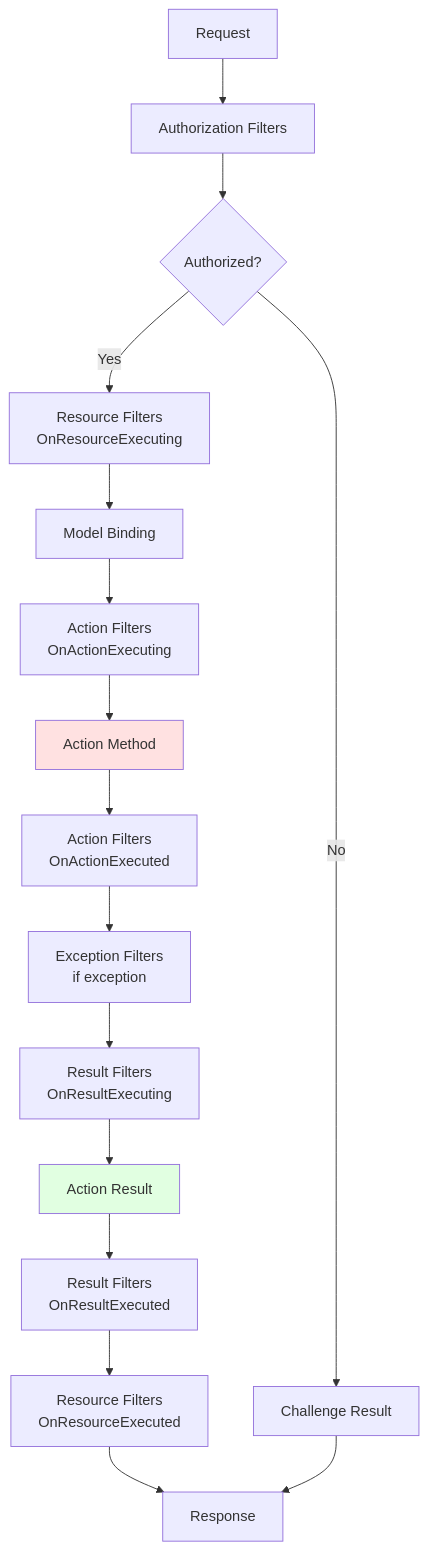
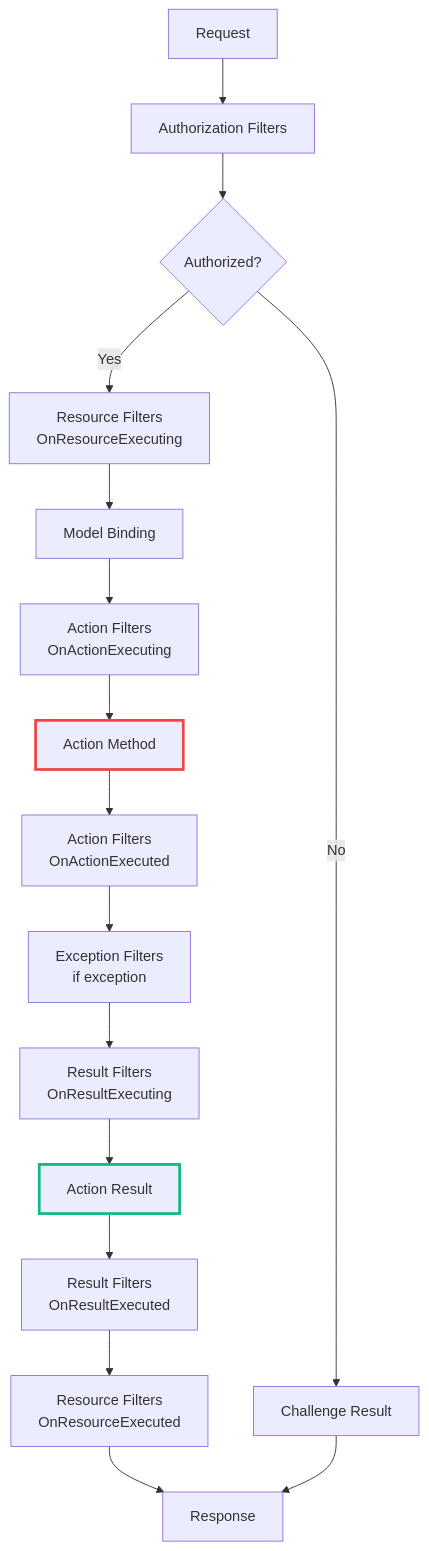
The seventh of 8 diagrams in Mostlylucid/Markdown/ASPNET-PIPELINE-PART5-APPLICATION-MODELS.md (Shaddix/mostlylucidweb), drawn with Mermaid before and after one commit. The commit also changed other lines of this file and 11 other files, not shown here.

First line of the commit message:
update: replace background fills with stroke styling in Mermaid diagrams

````diff
--- a/Mostlylucid/Markdown/ASPNET-PIPELINE-PART5-APPLICATION-MODELS.md
+++ b/Mostlylucid/Markdown/ASPNET-PIPELINE-PART5-APPLICATION-MODELS.md
@@ -895,21 +895,21 @@
 ```mermaid
 graph TD
     A[Request] --> B[Authorization Filters]
     B --> C{Authorized?}
     C -->|No| D[Challenge Result]
     C -->|Yes| E[Resource Filters<br/>OnResourceExecuting]
     E --> F[Model Binding]
     F --> G[Action Filters<br/>OnActionExecuting]
     G --> H[Action Method]
     H --> I[Action Filters<br/>OnActionExecuted]
     I --> J[Exception Filters<br/>if exception]
     J --> K[Result Filters<br/>OnResultExecuting]
     K --> L[Action Result]
     L --> M[Result Filters<br/>OnResultExecuted]
     M --> N[Resource Filters<br/>OnResourceExecuted]
     N --> O[Response]
     D --> O
 
-    style H fill:#ffe1e1
-    style L fill:#e1ffe1
+    style H stroke:#ef4444,stroke-width:3px
+    style L stroke:#10b981,stroke-width:3px
 ```
````
